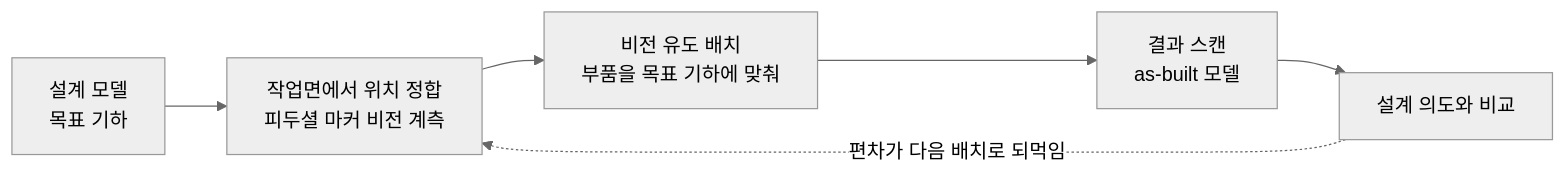
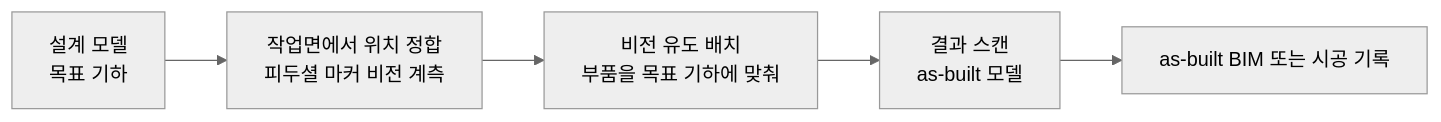
The second of 2 diagrams in content/01-canonical-papers/notes/8-construction/vision-guided-assembly.md (jiseop-byeon/phd-wiki), drawn with Mermaid (neutral theme) before and after one commit. The commit also changed other lines of this file and 6 other files, not shown here.

````diff
--- a/content/01-canonical-papers/notes/8-construction/vision-guided-assembly.md
+++ b/content/01-canonical-papers/notes/8-construction/vision-guided-assembly.md
@@ -67,8 +66,7 @@
 ```mermaid
 flowchart LR
     D["설계 모델<br/>목표 기하"] --> L["작업면에서 위치 정합<br/>피두셜 마커 비전 계측"]
     L --> M["비전 유도 배치<br/>부품을 목표 기하에 맞춰"]
     M --> S["결과 스캔<br/>as-built 모델"]
-    S --> CMP["설계 의도와 비교"]
-    CMP -.->|"편차가 다음 배치로 되먹임"| L
+    S --> BIM["as-built BIM 또는 시공 기록"]
 ```
````
